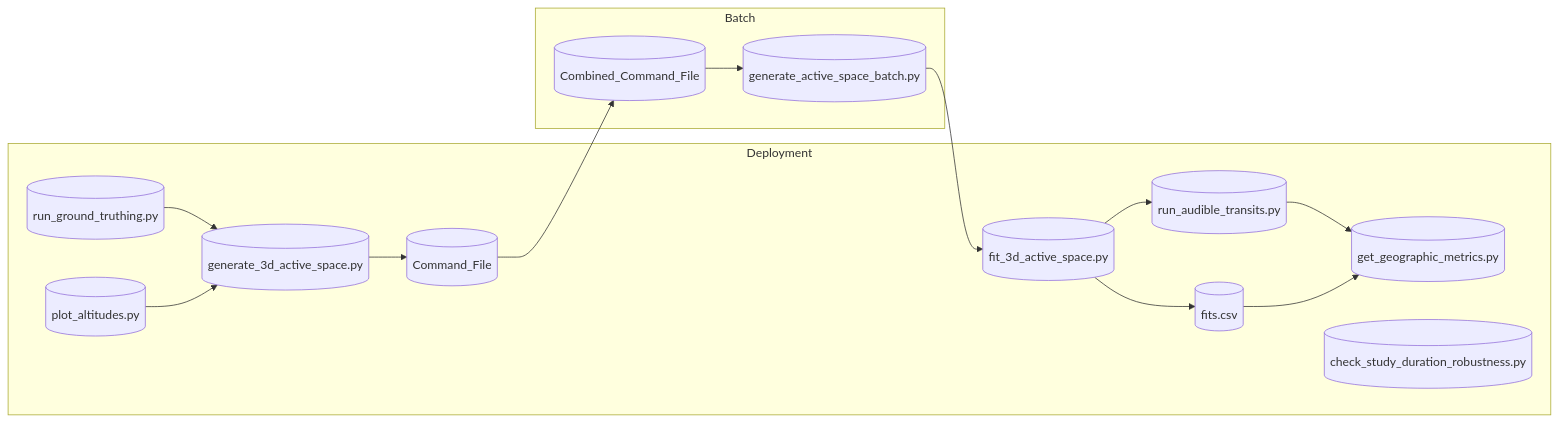
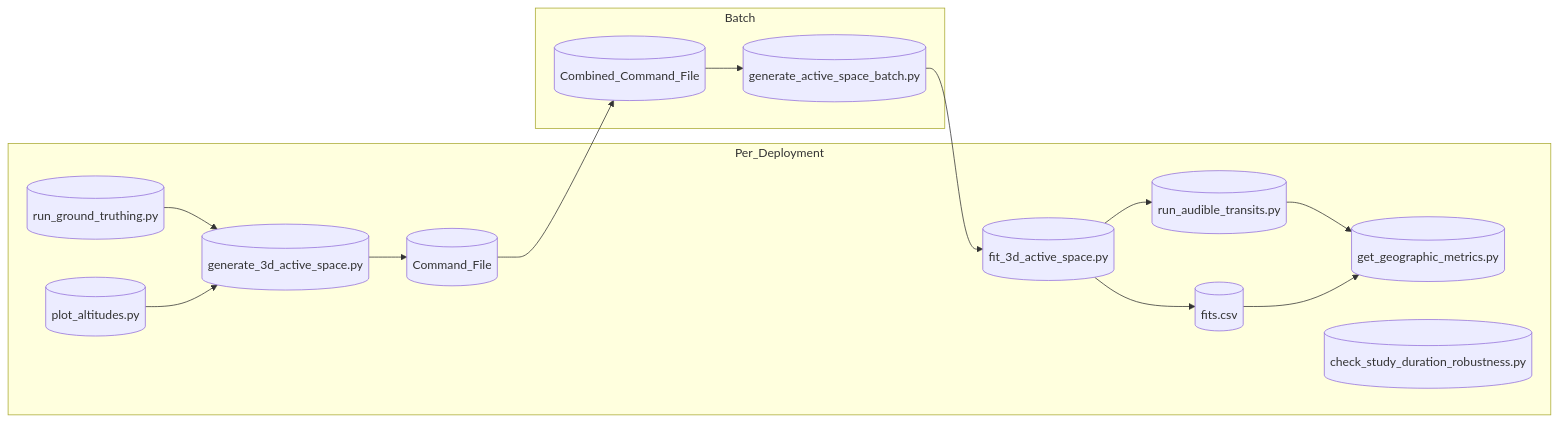
The fourth of 5 diagrams in nps_active_space/scripts/README.md (dbetchkal/NPS-ActiveSpace), drawn with Mermaid before and after one commit. The commit also changed other lines of this file, not shown here.

````diff
--- a/nps_active_space/scripts/README.md
+++ b/nps_active_space/scripts/README.md
@@ -95,33 +95,33 @@
 ```mermaid
 graph LR
 
    %% Groups
-   subgraph Deployment
+   subgraph Per_Deployment
       run_ground_truthing.py[(run_ground_truthing.py)]
       plot_altitudes.py[(plot_altitudes.py)]
       generate_3d_active_space.py[(generate_3d_active_space.py)]
       fit_3d_active_space.py[(fit_3d_active_space.py)]
       fits.csv[(fits.csv)]
       run_audible_transits.py[(run_audible_transits.py)]
       get_geographic_metrics.py[(get_geographic_metrics.py)]
       Command_File[(Command_File)]
       check_study_duration_robustness.py[(check_study_duration_robustness.py)]
    end
 
    subgraph Batch
       Combined_Command_File[(Combined_Command_File)]
       generate_active_space_batch.py[(generate_active_space_batch.py)]
    end
 
 run_ground_truthing.py --> generate_3d_active_space.py
 plot_altitudes.py --> generate_3d_active_space.py
 generate_3d_active_space.py --> Command_File
 Command_File --> Combined_Command_File
 Combined_Command_File --> generate_active_space_batch.py
 generate_active_space_batch.py --> fit_3d_active_space.py
 fit_3d_active_space.py --> fits.csv
 fit_3d_active_space.py --> run_audible_transits.py
 run_audible_transits.py --> get_geographic_metrics.py
 fits.csv --> get_geographic_metrics.py
 check_study_duration_robustness.py
 ```
````
